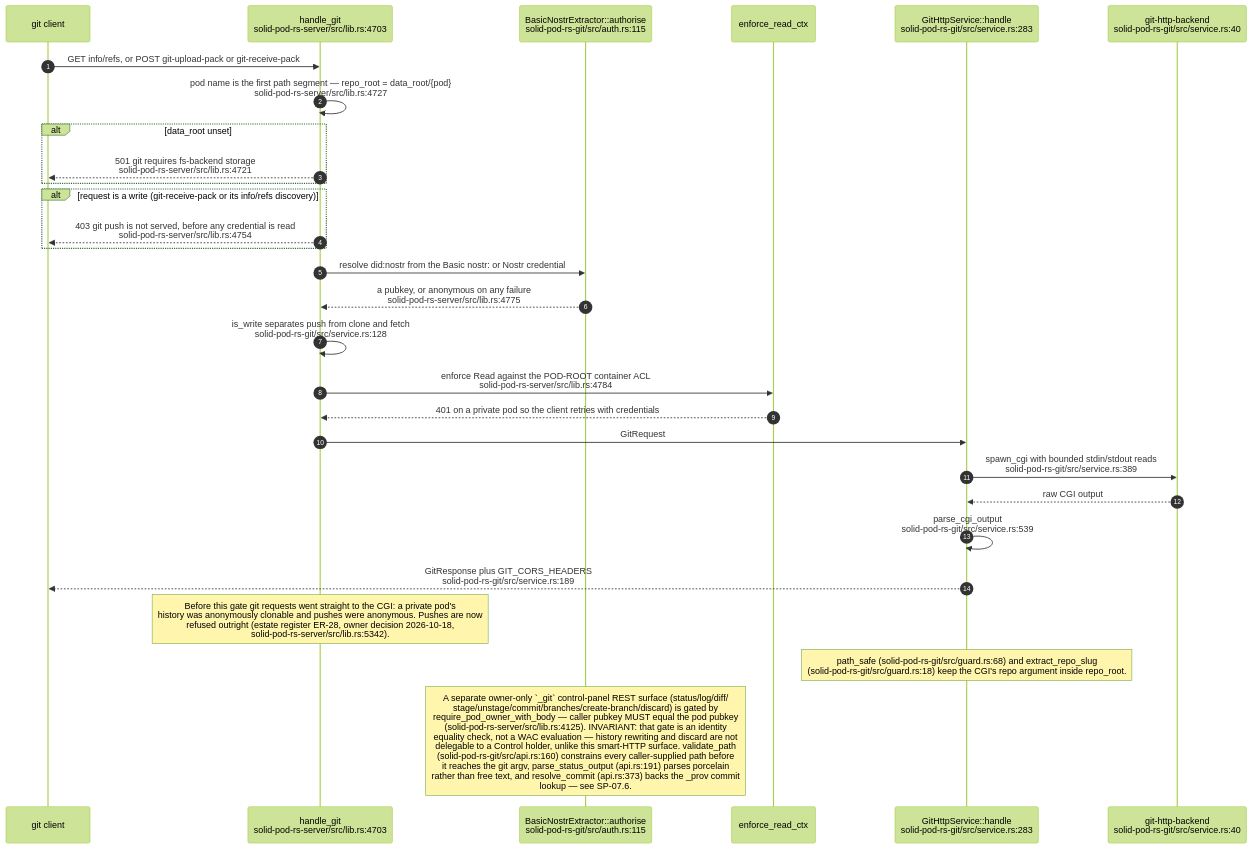
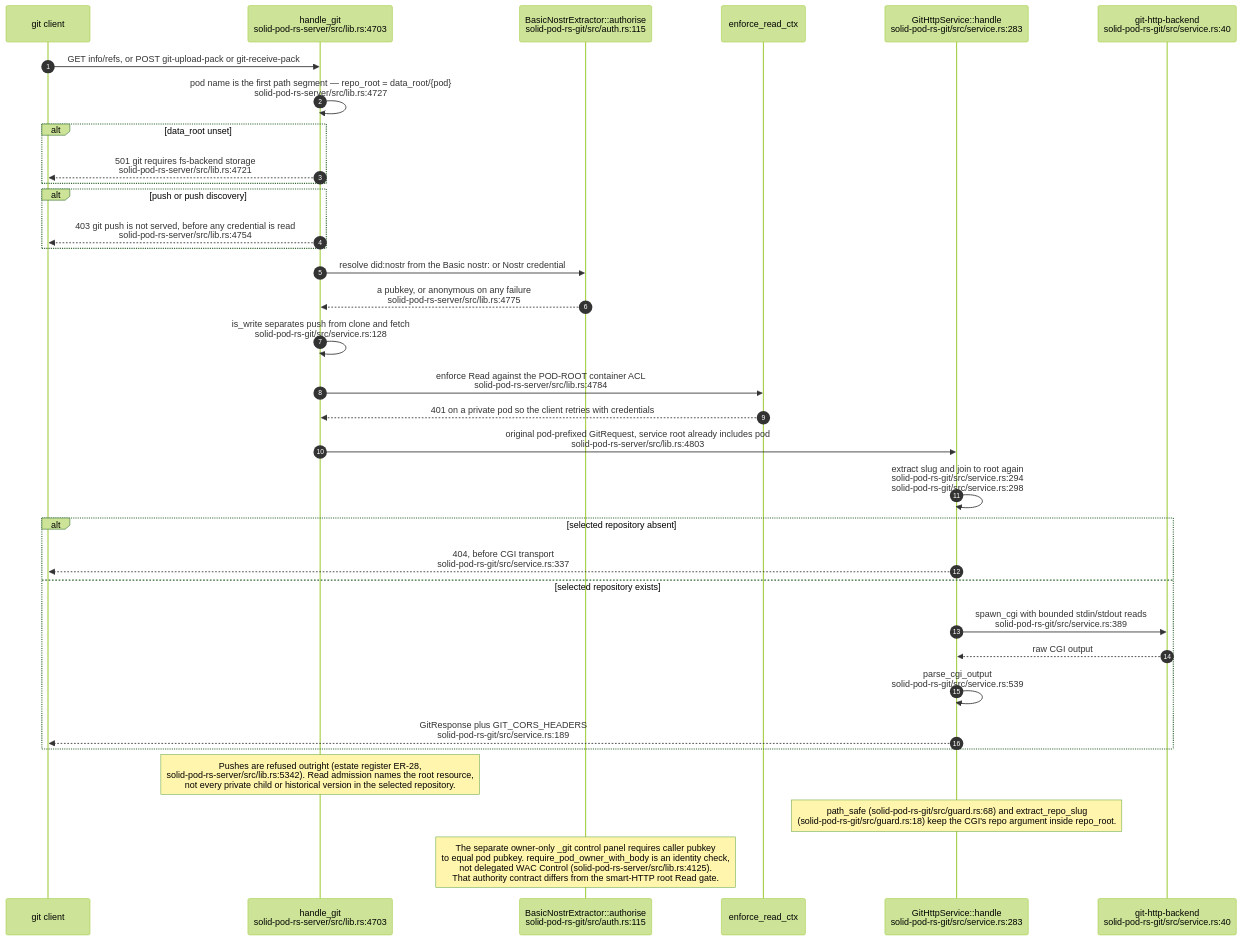
One commit to DreamLab-AI/VisionFlow changed diagram 11 of 11 in docs/diagrams/solid-pod-rs/06-storage-quota-and-git-pods.md. Above: the diagram before and after it, drawn with Mermaid (forest theme). The commit also changed other lines of this file and 15 other files, not shown here.

````diff
--- a/docs/diagrams/solid-pod-rs/06-storage-quota-and-git-pods.md
+++ b/docs/diagrams/solid-pod-rs/06-storage-quota-and-git-pods.md
@@ -321,33 +321,38 @@
 ```mermaid
 sequenceDiagram
     autonumber
     participant C as git client
     participant H as handle_git<br/>solid-pod-rs-server/src/lib.rs:4703
     participant A as BasicNostrExtractor::authorise<br/>solid-pod-rs-git/src/auth.rs:115
     participant W as enforce_read_ctx
     participant S as GitHttpService::handle<br/>solid-pod-rs-git/src/service.rs:283
     participant CGI as git-http-backend<br/>solid-pod-rs-git/src/service.rs:40
 
     C->>H: GET info/refs, or POST git-upload-pack or git-receive-pack
     H->>H: pod name is the first path segment — repo_root = data_root/{pod}<br/>solid-pod-rs-server/src/lib.rs:4727
     alt data_root unset
         H-->>C: 501 git requires fs-backend storage<br/>solid-pod-rs-server/src/lib.rs:4721
     end
-    alt request is a write (git-receive-pack or its info/refs discovery)
+    alt push or push discovery
         H-->>C: 403 git push is not served, before any credential is read<br/>solid-pod-rs-server/src/lib.rs:4754
     end
     H->>A: resolve did:nostr from the Basic nostr: or Nostr credential
     A-->>H: a pubkey, or anonymous on any failure<br/>solid-pod-rs-server/src/lib.rs:4775
     H->>H: is_write separates push from clone and fetch<br/>solid-pod-rs-git/src/service.rs:128
     H->>W: enforce Read against the POD-ROOT container ACL<br/>solid-pod-rs-server/src/lib.rs:4784
     W-->>H: 401 on a private pod so the client retries with credentials
-    H->>S: GitRequest
-    S->>CGI: spawn_cgi with bounded stdin/stdout reads<br/>solid-pod-rs-git/src/service.rs:389
-    CGI-->>S: raw CGI output
-    S->>S: parse_cgi_output<br/>solid-pod-rs-git/src/service.rs:539
-    S-->>C: GitResponse plus GIT_CORS_HEADERS<br/>solid-pod-rs-git/src/service.rs:189
+    H->>S: original pod-prefixed GitRequest, service root already includes pod<br/>solid-pod-rs-server/src/lib.rs:4803
+    S->>S: extract slug and join to root again<br/>solid-pod-rs-git/src/service.rs:294<br/>solid-pod-rs-git/src/service.rs:298
+    alt selected repository absent
+        S-->>C: 404, before CGI transport<br/>solid-pod-rs-git/src/service.rs:337
+    else selected repository exists
+        S->>CGI: spawn_cgi with bounded stdin/stdout reads<br/>solid-pod-rs-git/src/service.rs:389
+        CGI-->>S: raw CGI output
+        S->>S: parse_cgi_output<br/>solid-pod-rs-git/src/service.rs:539
+        S-->>C: GitResponse plus GIT_CORS_HEADERS<br/>solid-pod-rs-git/src/service.rs:189
+    end
 
-    Note over H: Before this gate git requests went straight to the CGI: a private pod's<br/>history was anonymously clonable and pushes were anonymous. Pushes are now<br/>refused outright (estate register ER-28, owner decision 2026-10-18,<br/>solid-pod-rs-server/src/lib.rs:5342).
+    Note over H: Pushes are refused outright (estate register ER-28,<br/>solid-pod-rs-server/src/lib.rs:5342). Read admission names the root resource,<br/>not every private child or historical version in the selected repository.
     Note over S: path_safe (solid-pod-rs-git/src/guard.rs:68) and extract_repo_slug<br/>(solid-pod-rs-git/src/guard.rs:18) keep the CGI's repo argument inside repo_root.
-    Note over A: A separate owner-only `_git` control-panel REST surface (status/log/diff/<br/>stage/unstage/commit/branches/create-branch/discard) is gated by<br/>require_pod_owner_with_body — caller pubkey MUST equal the pod pubkey<br/>(solid-pod-rs-server/src/lib.rs:4125). INVARIANT: that gate is an identity<br/>equality check, not a WAC evaluation — history rewriting and discard are not<br/>delegable to a Control holder, unlike this smart-HTTP surface. validate_path<br/>(solid-pod-rs-git/src/api.rs:160) constrains every caller-supplied path before<br/>it reaches the git argv, parse_status_output (api.rs:191) parses porcelain<br/>rather than free text, and resolve_commit (api.rs:373) backs the _prov commit<br/>lookup — see SP-07.6.
+    Note over A: The separate owner-only _git control panel requires caller pubkey<br/>to equal pod pubkey. require_pod_owner_with_body is an identity check,<br/>not delegated WAC Control (solid-pod-rs-server/src/lib.rs:4125).<br/>That authority contract differs from the smart-HTTP root Read gate.
 ```
````
